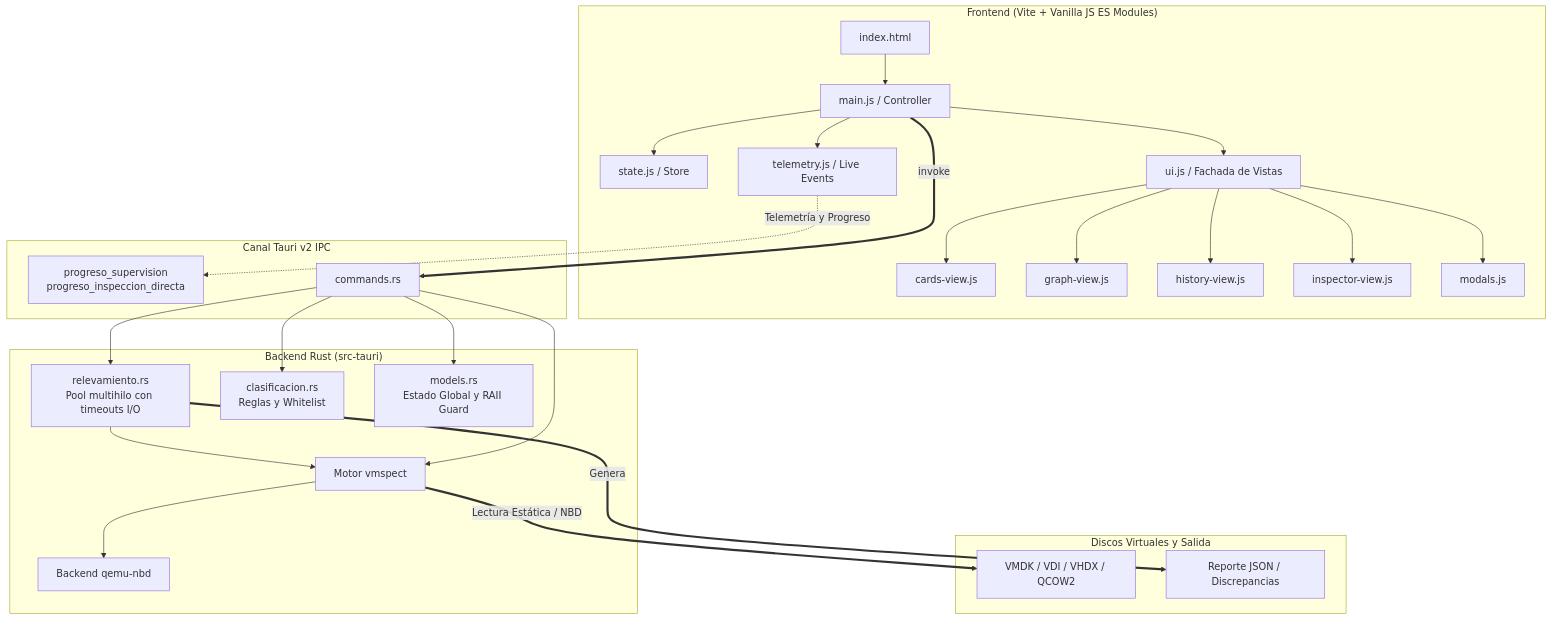
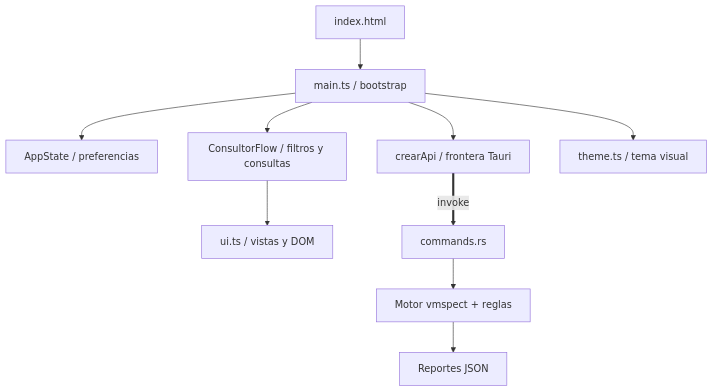
Before and after one commit to jcostasuarez/vminventory: the diagram in README.md, drawn with Mermaid. The commit also changed other lines of this file and 55 other files, not shown here.

````diff
--- a/README.md
+++ b/README.md
@@ -59,33 +71,12 @@
 ```mermaid
 flowchart TD
-    subgraph UI ["Frontend (Vite + Vanilla JS ES Modules)"]
-        A[index.html] --> B[main.js / Controller]
-        B --> C[state.js / Store]
-        B --> D[ui.js / Fachada de Vistas]
-        D --> D1[cards-view.js]
-        D --> D2[graph-view.js]
-        D --> D3[history-view.js]
-        D --> D4[inspector-view.js]
-        D --> D5[modals.js]
-        B --> E[telemetry.js / Live Events]
-    end
-
-    subgraph IPC ["Canal Tauri v2 IPC"]
-        E -. Telemetría y Progreso .-> RustEvents["progreso_supervision\nprogreso_inspeccion_directa"]
-        B ==>|invoke| Commands[commands.rs]
-    end
-
-    subgraph Backend ["Backend Rust (src-tauri)"]
-        Commands --> Relevamiento[relevamiento.rs\nPool multihilo con timeouts I/O]
-        Commands --> Clasificacion[clasificacion.rs\nReglas y Whitelist]
-        Commands --> AppState[models.rs\nEstado Global y RAII Guard]
-        Relevamiento --> Engine[Motor vmspect]
-        Commands --> Engine
-        Engine --> NBD[Backend qemu-nbd]
-    end
-
-    subgraph Storage ["Discos Virtuales y Salida"]
-        Engine ==>|Lectura Estática / NBD| Disks["VMDK / VDI / VHDX / QCOW2"]
-        Relevamiento ==>|Genera| Output["Reporte JSON / Discrepancias"]
-    end
+    HTML[index.html] --> Main[main.ts / bootstrap]
+    Main --> State[AppState / preferencias]
+    Main --> IPC[crearApi / frontera Tauri]
+    Main --> Flow[ConsultorFlow / filtros y consultas]
+    Flow --> UI[ui.ts / vistas y DOM]
+    Main --> Theme[theme.ts / tema visual]
+    IPC ==>|invoke| Commands[commands.rs]
+    Commands --> Backend[Motor vmspect + reglas]
+    Backend --> Output[Reportes JSON]
 ```
````
